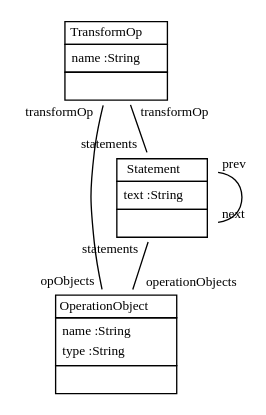
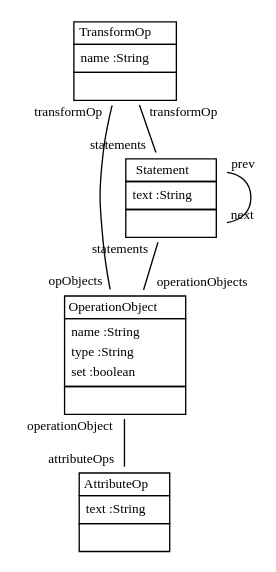
Before and after one commit to fujaba/SDMLib: the diagram in doc/TransformationClasses01.dot, drawn with Graphviz. The commit also changed 41 other files, not shown here.

```diff
--- a/doc/TransformationClasses01.dot
+++ b/doc/TransformationClasses01.dot
@@ -1,17 +1,19 @@
 
  graph ClassDiagram {
     node [shape = none, fontsize = 10]; 
     edge [fontsize = 10];
     
     
     TransformOp [label=<<table border='0' cellborder='1' cellspacing='0'> <tr> <td>TransformOp</td> </tr> <tr><td><table border='0' cellborder='0' cellspacing='0'> <tr><td align='left'>name :String</td></tr>  </table></td></tr> <tr><td><table border='0' cellborder='0' cellspacing='0'> <tr><td> </td></tr> </table></td></tr> </table>>];
-    OperationObject [label=<<table border='0' cellborder='1' cellspacing='0'> <tr> <td>OperationObject</td> </tr> <tr><td><table border='0' cellborder='0' cellspacing='0'> <tr><td align='left'>name :String</td></tr> <tr><td align='left'>type :String</td></tr>  </table></td></tr> <tr><td><table border='0' cellborder='0' cellspacing='0'> <tr><td> </td></tr> </table></td></tr> </table>>];
+    OperationObject [label=<<table border='0' cellborder='1' cellspacing='0'> <tr> <td>OperationObject</td> </tr> <tr><td><table border='0' cellborder='0' cellspacing='0'> <tr><td align='left'>name :String</td></tr> <tr><td align='left'>type :String</td></tr> <tr><td align='left'>set :boolean</td></tr>  </table></td></tr> <tr><td><table border='0' cellborder='0' cellspacing='0'> <tr><td> </td></tr> </table></td></tr> </table>>];
+    AttributeOp [label=<<table border='0' cellborder='1' cellspacing='0'> <tr> <td>AttributeOp</td> </tr> <tr><td><table border='0' cellborder='0' cellspacing='0'> <tr><td align='left'>text :String</td></tr>  </table></td></tr> <tr><td><table border='0' cellborder='0' cellspacing='0'> <tr><td> </td></tr> </table></td></tr> </table>>];
     Statement [label=<<table border='0' cellborder='1' cellspacing='0'> <tr> <td>Statement</td> </tr> <tr><td><table border='0' cellborder='0' cellspacing='0'> <tr><td align='left'>text :String</td></tr>  </table></td></tr> <tr><td><table border='0' cellborder='0' cellspacing='0'> <tr><td> </td></tr> </table></td></tr> </table>>];
     
     
     
     TransformOp -- OperationObject [headlabel = "opObjects" taillabel = "transformOp"];
+    OperationObject -- AttributeOp [headlabel = "attributeOps" taillabel = "operationObject"];
     Statement -- Statement [headlabel = "next" taillabel = "prev"];
     Statement -- OperationObject [headlabel = "operationObjects" taillabel = "statements"];
     TransformOp -- Statement [headlabel = "statements" taillabel = "transformOp"];
 }
```
